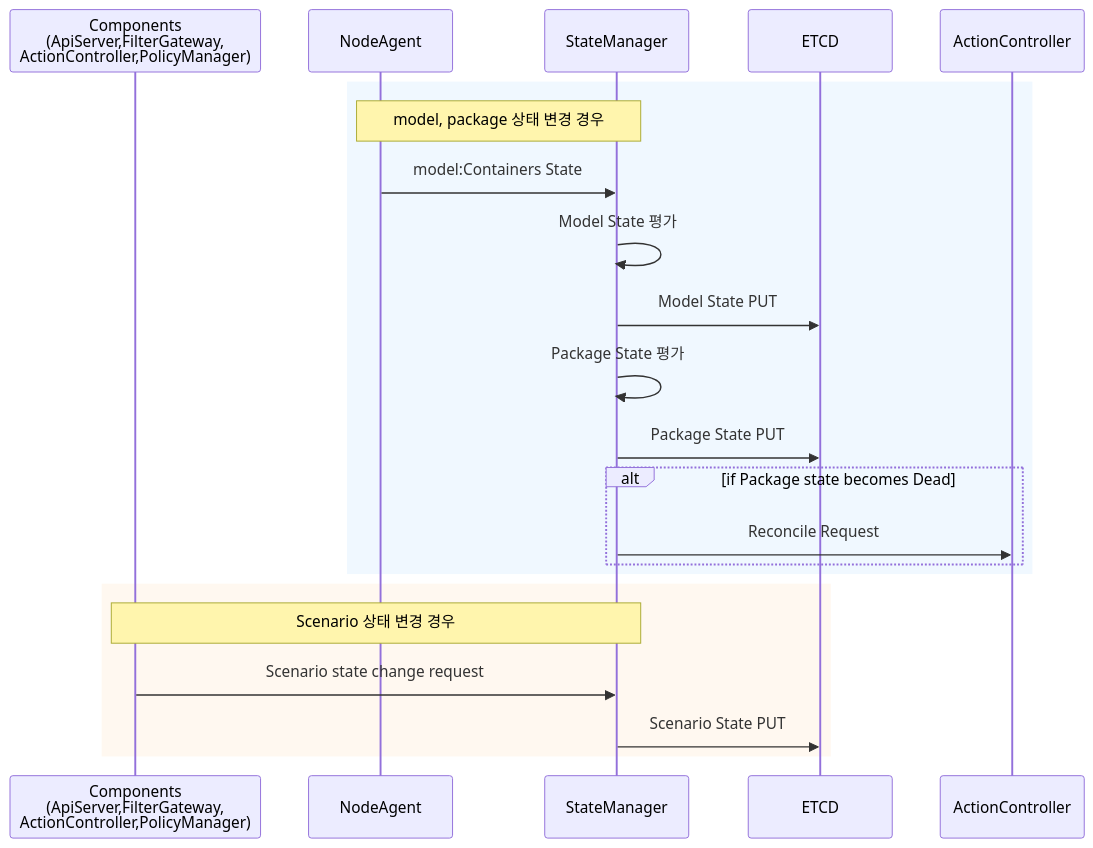
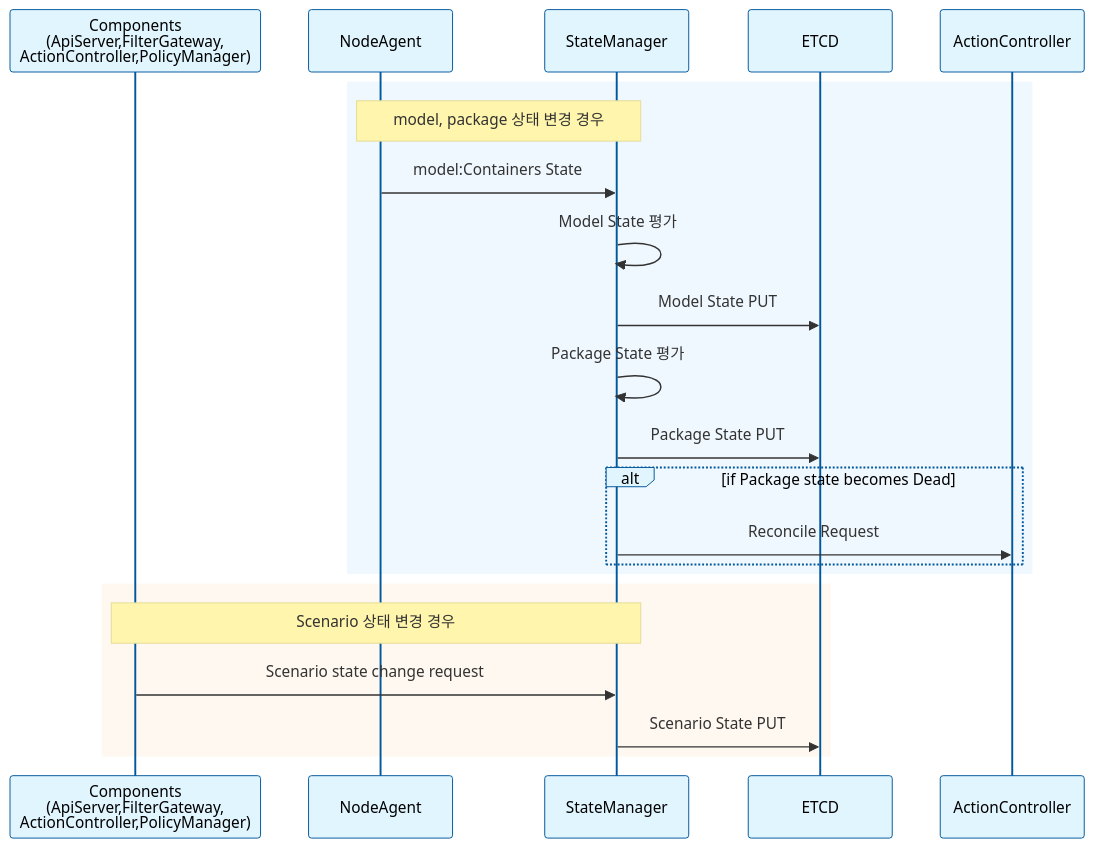
The second of 3 diagrams in doc/architecture/KR/3.LLD/StateManager_review.md (youngtaekiim/pullpiri), drawn with Mermaid before and after one commit. The commit also changed other lines of this file, not shown here.

````diff
--- a/doc/architecture/KR/3.LLD/StateManager_review.md
+++ b/doc/architecture/KR/3.LLD/StateManager_review.md
@@ -47,26 +61,28 @@
 ```mermaid
+%%{init: {'theme':'base', 'themeVariables': {'actorBkg': '#e1f5fe', 'actorBorder': '#01579b', 'actorTextColor': '#000', 'actorLineColor': '#01579b'}}}%%
 sequenceDiagram
     participant CT as Components<br/>(ApiServer,FilterGateway,<br/>ActionController,PolicyManager)
     participant NA as NodeAgent
     participant SM as StateManager
     participant ETCD as ETCD
     participant AC as ActionController
     
     rect rgb(240, 248, 255)
         Note over NA, SM: model, package 상태 변경 경우
         NA->>SM: model:Containers State
         SM->>SM: Model State 평가
         SM->>ETCD: Model State PUT
         SM->>SM: Package State 평가
         SM->>ETCD: Package State PUT
         alt if Package state becomes Dead
             SM->>AC: Reconcile Request
         end
     end
     
     rect rgb(255, 248, 240)
         Note over CT, SM: Scenario 상태 변경 경우
         CT->>SM: Scenario state change request
         SM->>ETCD: Scenario State PUT
     end
+
 ```
````
